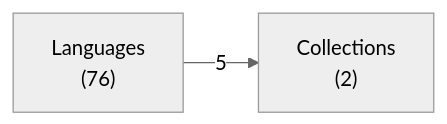
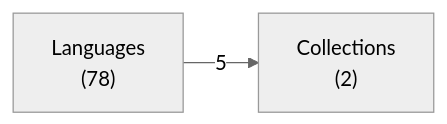
Before and after one commit to ruudkoot/rune: the first of 3 diagrams in docs/lib/language/haskell/depends.md, drawn with Mermaid (neutral theme). The commit also changed other lines of this file and 1 other file, not shown here.

````diff
--- a/docs/lib/language/haskell/depends.md
+++ b/docs/lib/language/haskell/depends.md
@@ -24,6 +24,6 @@
 ```mermaid
 flowchart LR
-  a0["Languages<br>(76)"]
+  a0["Languages<br>(78)"]
   a1["Collections<br>(2)"]
   a0 -- 5 --> a1
 ```
````
